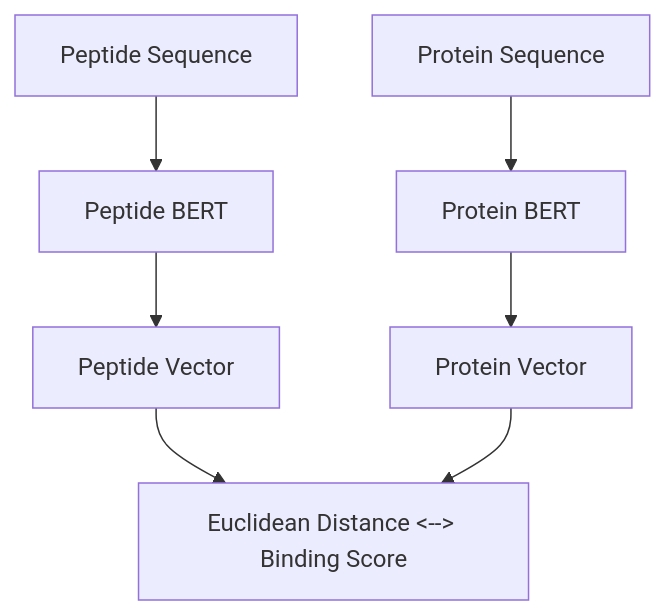
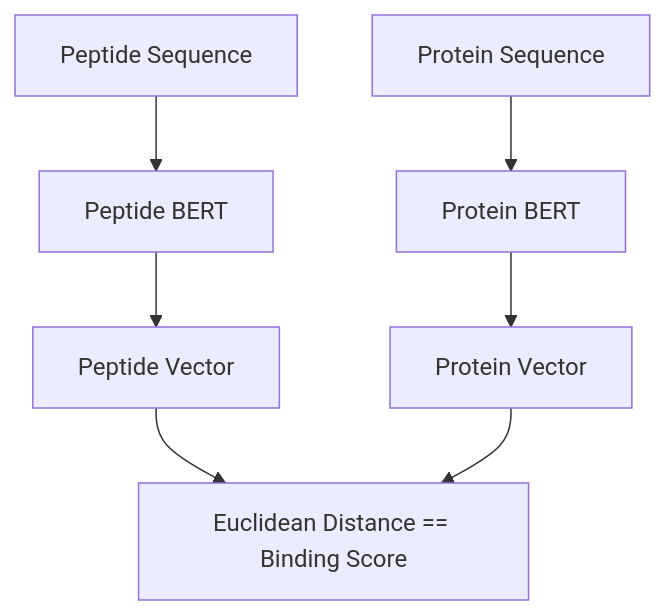
The second of 2 diagrams in README.md (RoniGurvich/Peptriever), drawn with Mermaid before and after one commit.

Commit message:
typo corrected

````diff
--- a/README.md
+++ b/README.md
@@ -86,7 +86,8 @@
 ```mermaid
 flowchart TD
     protein_sequence[Protein Sequence] --> protein_encoder[Protein BERT] --> protein_vector[Protein Vector]
     peptide_sequence[Peptide Sequence] --> peptide_encoder[Peptide BERT] --> peptide_vector[Peptide Vector]
-    peptide_vector --> euclidean[Euclidean Distance <--> Binding Score] 
+    peptide_vector --> euclidean[Euclidean Distance == Binding Score] 
     protein_vector --> euclidean
+
 ```
````
